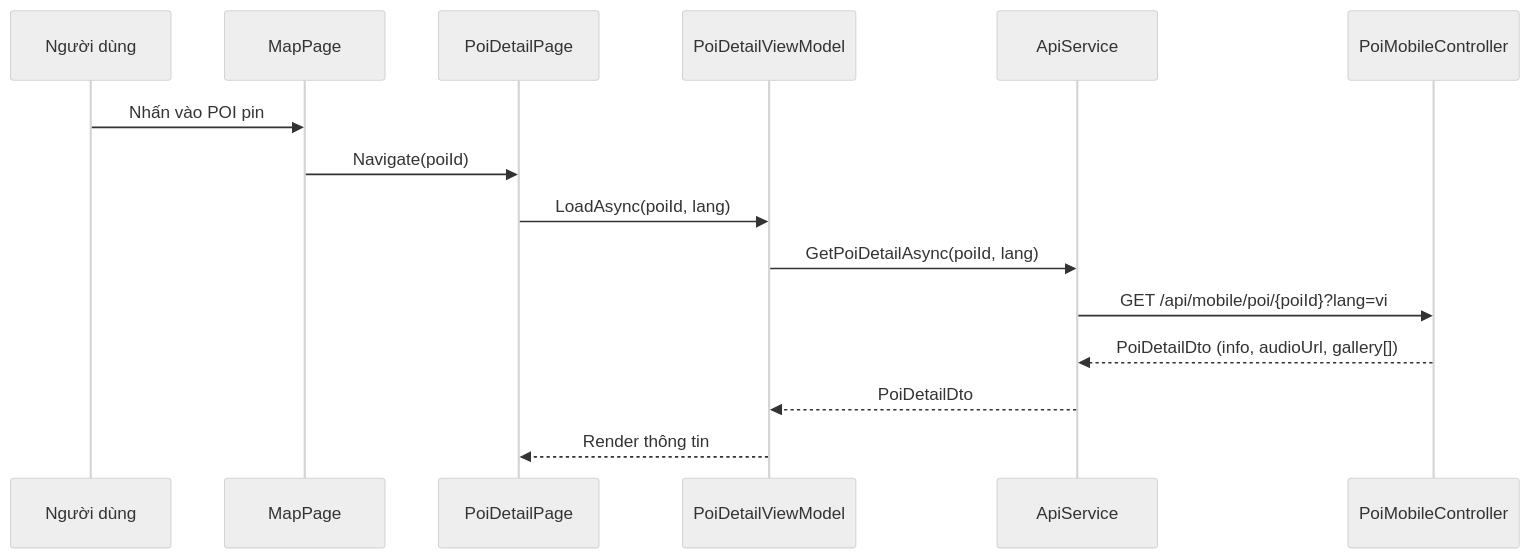
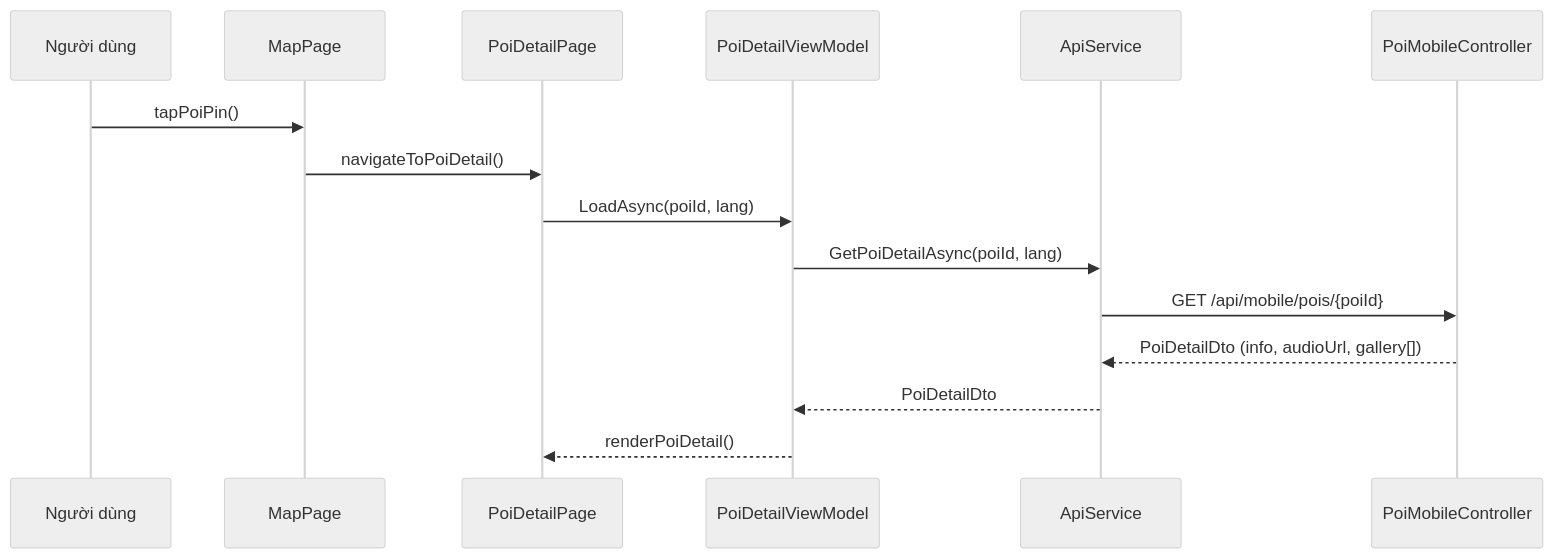
Before and after one commit to quynhtien1977/AudioGo: diagram 13 of 58 in PRD.md, drawn with Mermaid (neutral theme). The commit also changed other lines of this file and 2 other files, not shown here.

````diff
--- a/PRD.md
+++ b/PRD.md
@@ -1028,18 +1062,18 @@
 ```mermaid
 sequenceDiagram
     participant MobileUser as Người dùng
     participant MapPage
     participant DetailPage as PoiDetailPage
     participant DetailVM as PoiDetailViewModel
     participant API as ApiService
     participant Backend as PoiMobileController
 
-    MobileUser ->> MapPage: Nhấn vào POI pin
-    MapPage ->> DetailPage: Navigate(poiId)
+    MobileUser ->> MapPage: tapPoiPin()
+    MapPage ->> DetailPage: navigateToPoiDetail()
     DetailPage ->> DetailVM: LoadAsync(poiId, lang)
     DetailVM ->> API: GetPoiDetailAsync(poiId, lang)
-    API ->> Backend: GET /api/mobile/poi/{poiId}?lang=vi
+    API ->> Backend: GET /api/mobile/pois/{poiId}
     Backend -->> API: PoiDetailDto (info, audioUrl, gallery[])
     API -->> DetailVM: PoiDetailDto
-    DetailVM -->> DetailPage: Render thông tin
+    DetailVM -->> DetailPage: renderPoiDetail()
 ```
````
